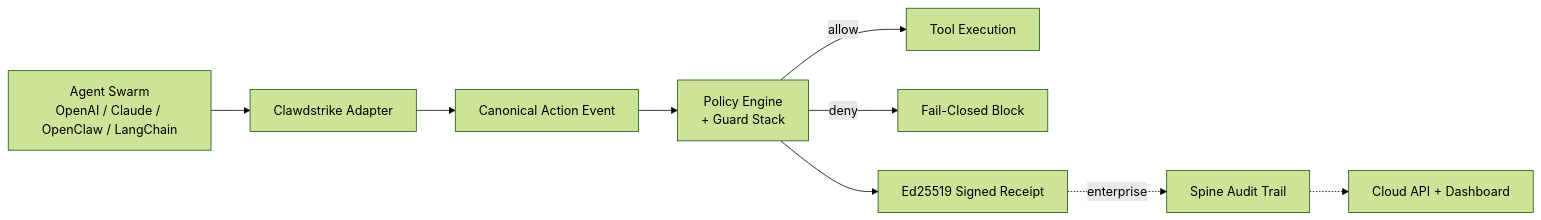
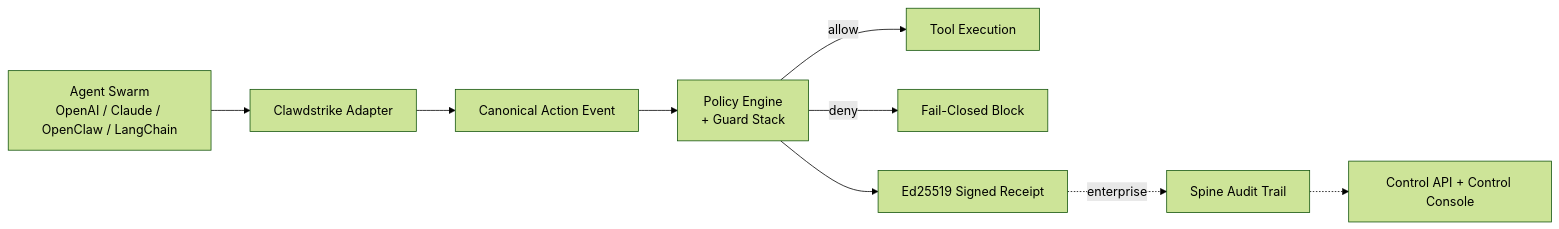
Before and after one commit to ansulev/clawdstrike: the first of 3 diagrams in README.md, drawn with Mermaid (forest theme). The commit also changed other lines of this file and 199 other files, not shown here.

First line of the commit message:
feat!: hard-cut rename Cloud API/Dashboard to Control API/Control Console (#151)

````diff
--- a/README.md
+++ b/README.md
@@ -87,11 +87,11 @@
 ```mermaid
 flowchart LR
     A[Agent Swarm<br/>OpenAI / Claude / OpenClaw / LangChain] --> B[Clawdstrike Adapter]
     B --> C[Canonical Action Event]
     C --> D[Policy Engine<br/>+ Guard Stack]
     D -->|allow| E[Tool Execution]
     D -->|deny| F[Fail-Closed Block]
     D --> G[Ed25519 Signed Receipt]
     G -.->|enterprise| H[Spine Audit Trail]
-    H -.-> I[Cloud API + Dashboard]
+    H -.-> I[Control API + Control Console]
 ```
````
